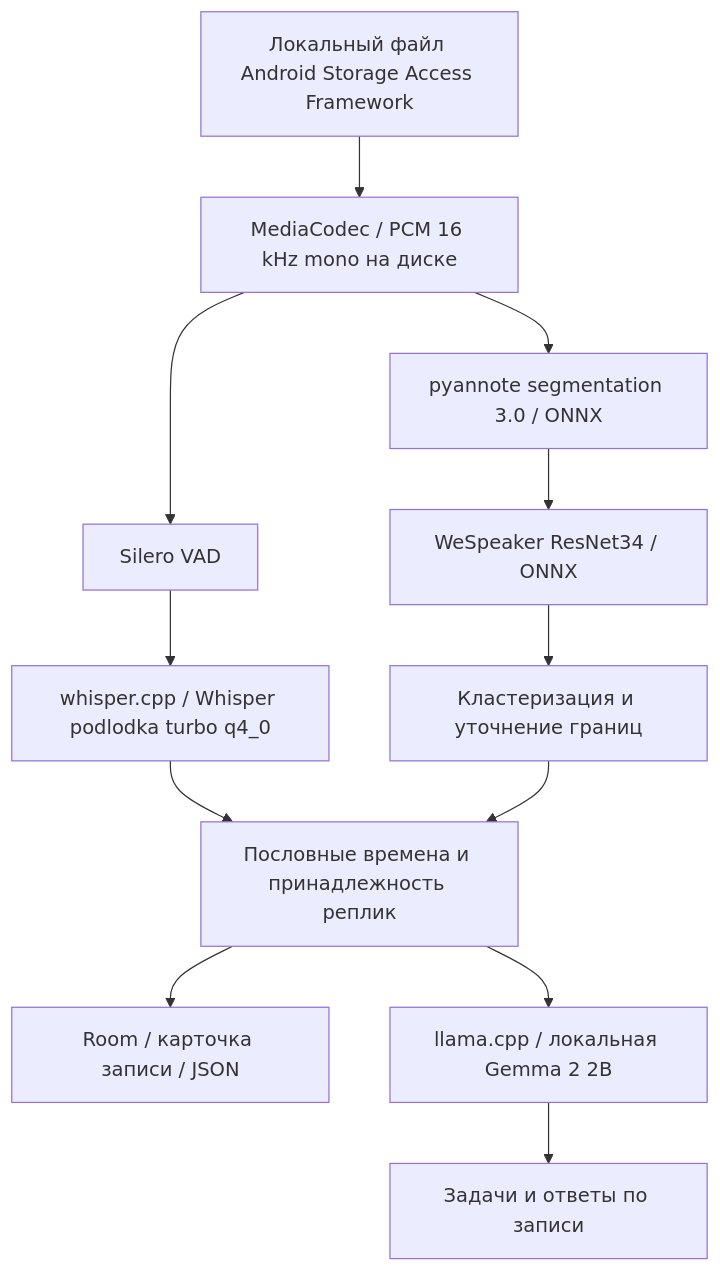
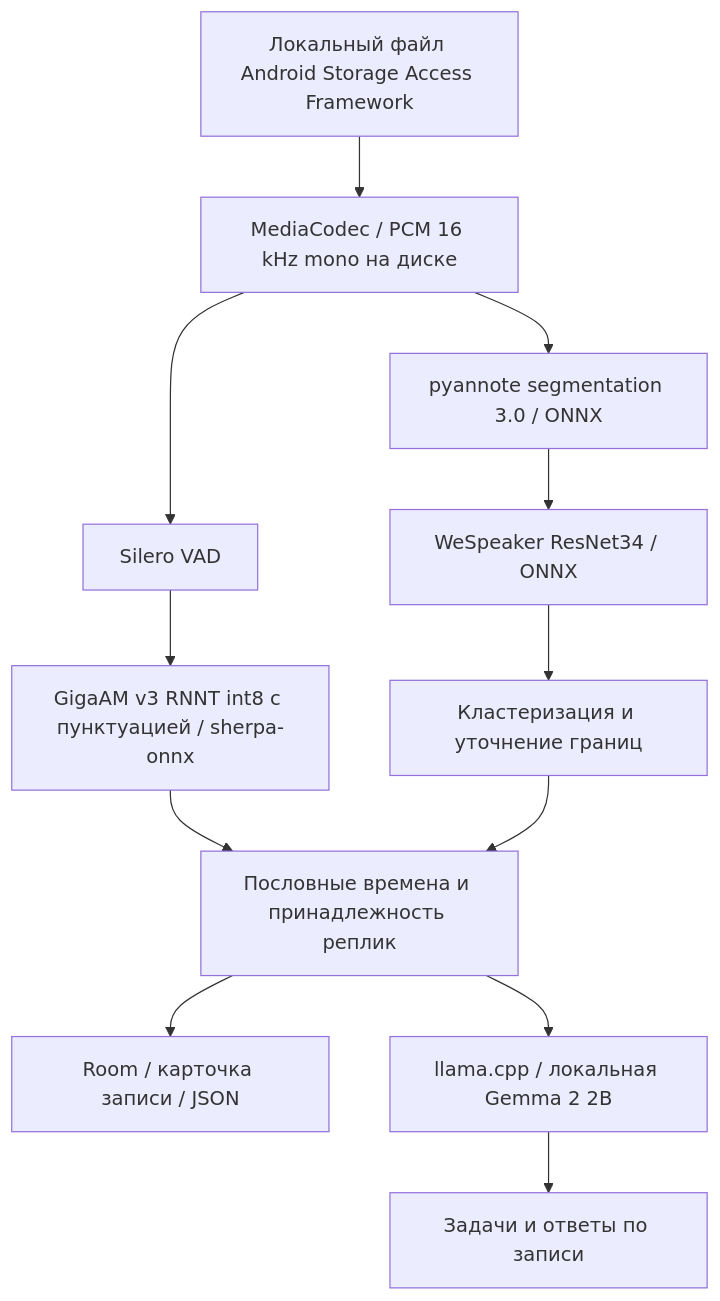
One commit to FedorSolodkin/NuclearGuzlik- changed the diagram in docs/ARCHITECTURE.md. Above: the diagram before and after it, drawn with Mermaid. The commit also changed other lines of this file and 15 other files, not shown here.

Commit message:
Docs: update for GigaAM v3 RNNT contest build; label Whisper-build results; pending APK manifest

````diff
--- a/docs/ARCHITECTURE.md
+++ b/docs/ARCHITECTURE.md
@@ -10,14 +10,14 @@
 ```mermaid
 flowchart TD
     A[Локальный файл Android Storage Access Framework] --> B[MediaCodec / PCM 16 kHz mono на диске]
     B --> C[Silero VAD]
-    C --> D[whisper.cpp / Whisper podlodka turbo q4_0]
+    C --> D[GigaAM v3 RNNT int8 с пунктуацией / sherpa-onnx]
     B --> E[pyannote segmentation 3.0 / ONNX]
     E --> F[WeSpeaker ResNet34 / ONNX]
     F --> G[Кластеризация и уточнение границ]
     D --> H[Пословные времена и принадлежность реплик]
     G --> H
     H --> I[Room / карточка записи / JSON]
     H --> J[llama.cpp / локальная Gemma 2 2B]
     J --> K[Задачи и ответы по записи]
 ```
````
